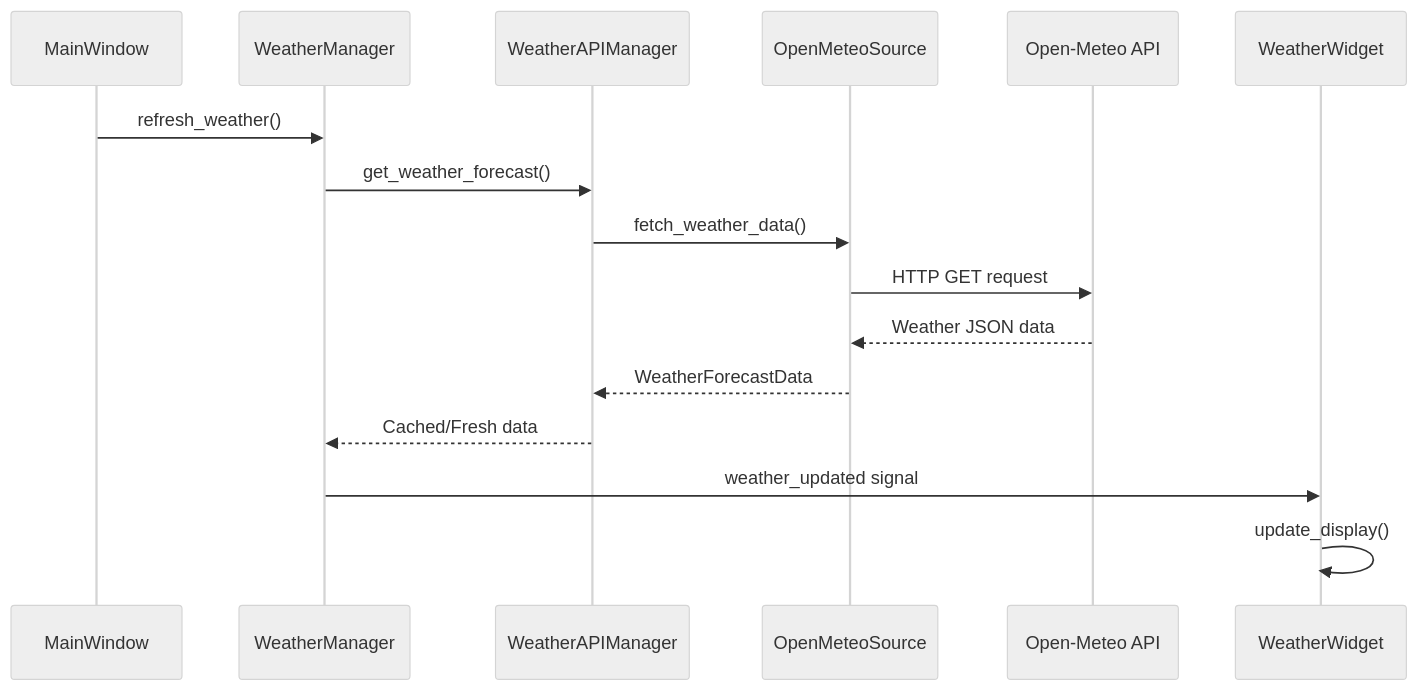
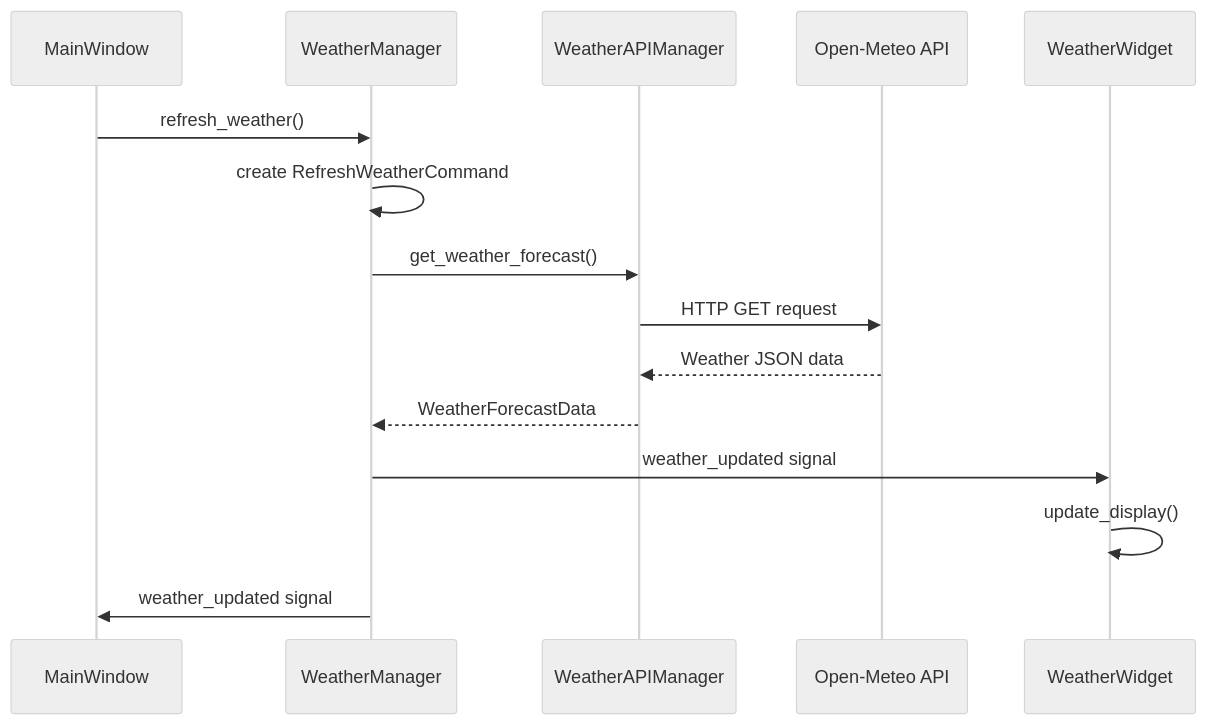
Before and after one commit to oernster/trainer: the second of 3 diagrams in docs/ARCHITECTURE.md, drawn with Mermaid (neutral theme). The commit also changed other lines of this file, not shown here.

Commit message:
Update ARCHITECTURE.md in docs to reflect current code.

````diff
--- a/docs/ARCHITECTURE.md
+++ b/docs/ARCHITECTURE.md
@@ -1430,19 +618,18 @@
 ```mermaid
 sequenceDiagram
     participant MW as MainWindow
     participant WM as WeatherManager
     participant WAM as WeatherAPIManager
-    participant OMS as OpenMeteoSource
-    participant API as Open-Meteo API
+    participant OM as Open-Meteo API
     participant WW as WeatherWidget
     
     MW->>WM: refresh_weather()
+    WM->>WM: create RefreshWeatherCommand
     WM->>WAM: get_weather_forecast()
-    WAM->>OMS: fetch_weather_data()
-    OMS->>API: HTTP GET request
-    API-->>OMS: Weather JSON data
-    OMS-->>WAM: WeatherForecastData
-    WAM-->>WM: Cached/Fresh data
+    WAM->>OM: HTTP GET request
+    OM-->>WAM: Weather JSON data
+    WAM-->>WM: WeatherForecastData
     WM->>WW: weather_updated signal
     WW->>WW: update_display()
+    WM->>MW: weather_updated signal
 ```
````
